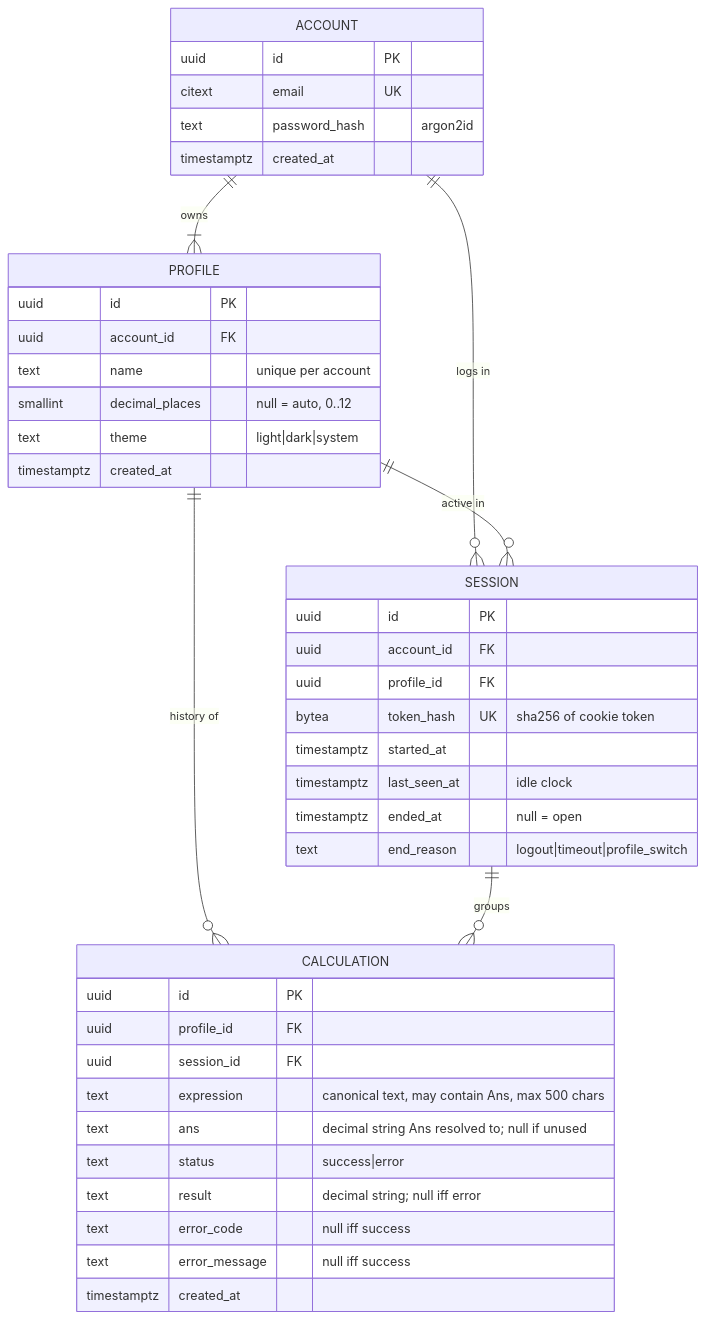
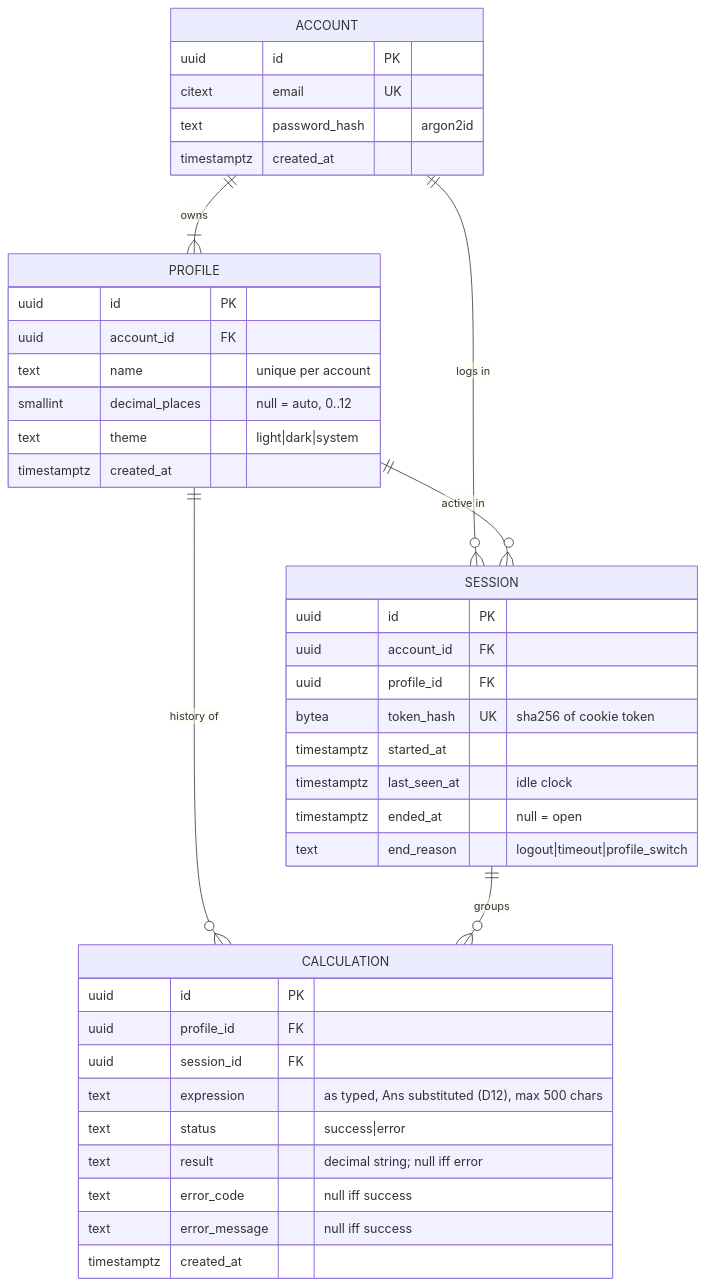
One commit to chjort/calculator-web changed the second of 3 diagrams in docs/ARCHITECTURE.md. Above: the diagram before and after it, drawn with Mermaid. The commit also changed other lines of this file and 4 other files, not shown here.

Commit message:
docs: record PO decisions (%, last-used profile, idle re-login, CSV guard, D12 Ans substitution, incomplete_expression); accept ADRs

````diff
--- a/docs/ARCHITECTURE.md
+++ b/docs/ARCHITECTURE.md
@@ -59,45 +59,44 @@
 ```mermaid
 erDiagram
   ACCOUNT ||--|{ PROFILE : owns
   ACCOUNT ||--o{ SESSION : "logs in"
   PROFILE ||--o{ SESSION : "active in"
   PROFILE ||--o{ CALCULATION : "history of"
   SESSION ||--o{ CALCULATION : groups
 
   ACCOUNT {
     uuid id PK
     citext email UK
     text password_hash "argon2id"
     timestamptz created_at
   }
   PROFILE {
     uuid id PK
     uuid account_id FK
     text name "unique per account"
     smallint decimal_places "null = auto, 0..12"
     text theme "light|dark|system"
     timestamptz created_at
   }
   SESSION {
     uuid id PK
     uuid account_id FK
     uuid profile_id FK
     bytea token_hash UK "sha256 of cookie token"
     timestamptz started_at
     timestamptz last_seen_at "idle clock"
     timestamptz ended_at "null = open"
     text end_reason "logout|timeout|profile_switch"
   }
   CALCULATION {
     uuid id PK
     uuid profile_id FK
     uuid session_id FK
-    text expression "canonical text, may contain Ans, max 500 chars"
-    text ans "decimal string Ans resolved to; null if unused"
+    text expression "as typed, Ans substituted (D12), max 500 chars"
     text status "success|error"
     text result "decimal string; null iff error"
     text error_code "null iff success"
     text error_message "null iff success"
     timestamptz created_at
   }
 ```
````
